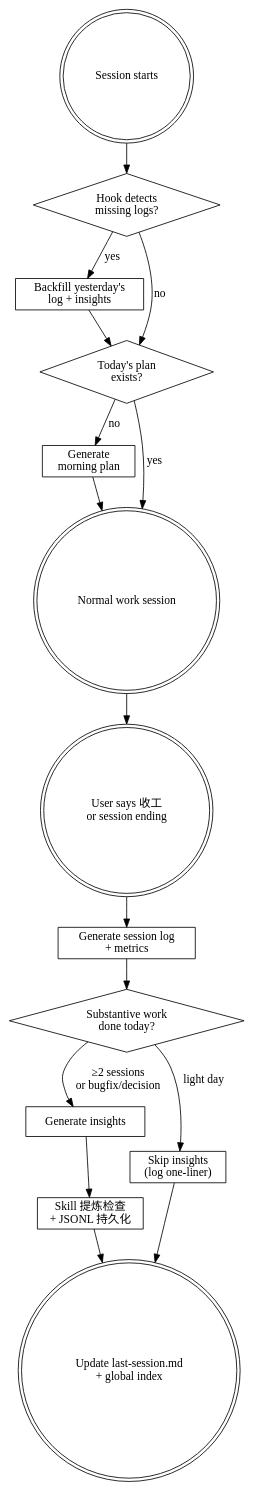
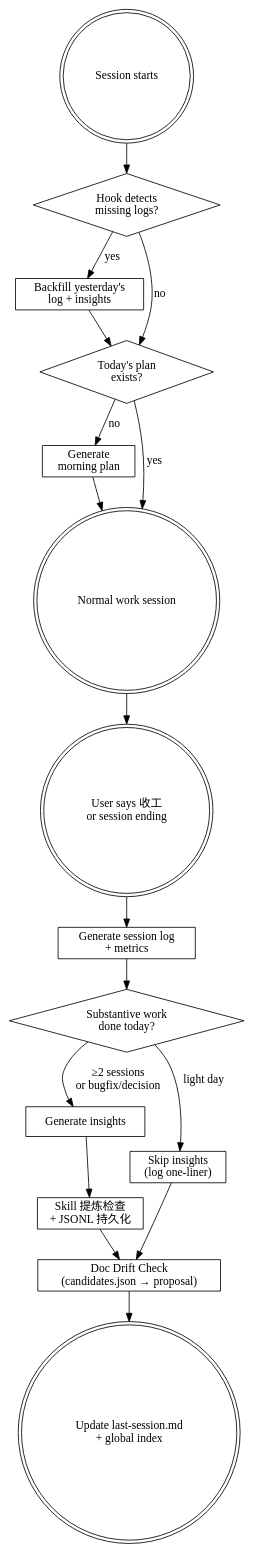
Before and after one commit to lixiaojie/dev-horcrux: the first of 2 diagrams in SKILL.md, drawn with Graphviz. The commit also changed other lines of this file and 9 other files, not shown here.

````diff
--- a/SKILL.md
+++ b/SKILL.md
@@ -30,36 +30,38 @@
 ```dot
 digraph dev_journal {
   rankdir=TB;
   node [shape=box];
 
   session_start [label="Session starts" shape=doublecircle];
   hook_check [label="Hook detects\nmissing logs?" shape=diamond];
   backfill [label="Backfill yesterday's\nlog + insights"];
   plan_exists [label="Today's plan\nexists?" shape=diamond];
   gen_plan [label="Generate\nmorning plan"];
   work [label="Normal work session" shape=doublecircle];
   session_end [label="User says 收工\nor session ending" shape=doublecircle];
   gen_log [label="Generate session log\n+ metrics"];
   insights_check [label="Substantive work\ndone today?" shape=diamond];
   gen_insights [label="Generate insights"];
   skill_check [label="Skill 提炼检查\n+ JSONL 持久化"];
+  drift_check [label="Doc Drift Check\n(candidates.json → proposal)"];
   skip_insights [label="Skip insights\n(log one-liner)"];
   done [label="Update last-session.md\n+ global index" shape=doublecircle];
 
   session_start -> hook_check;
   hook_check -> backfill [label="yes"];
   hook_check -> plan_exists [label="no"];
   backfill -> plan_exists;
   plan_exists -> gen_plan [label="no"];
   plan_exists -> work [label="yes"];
   gen_plan -> work;
   work -> session_end;
   session_end -> gen_log;
   gen_log -> insights_check;
   insights_check -> gen_insights [label="≥2 sessions\nor bugfix/decision"];
   insights_check -> skip_insights [label="light day"];
   gen_insights -> skill_check;
-  skill_check -> done;
-  skip_insights -> done;
+  skill_check -> drift_check;
+  skip_insights -> drift_check;
+  drift_check -> done;
 }
 ```
````
